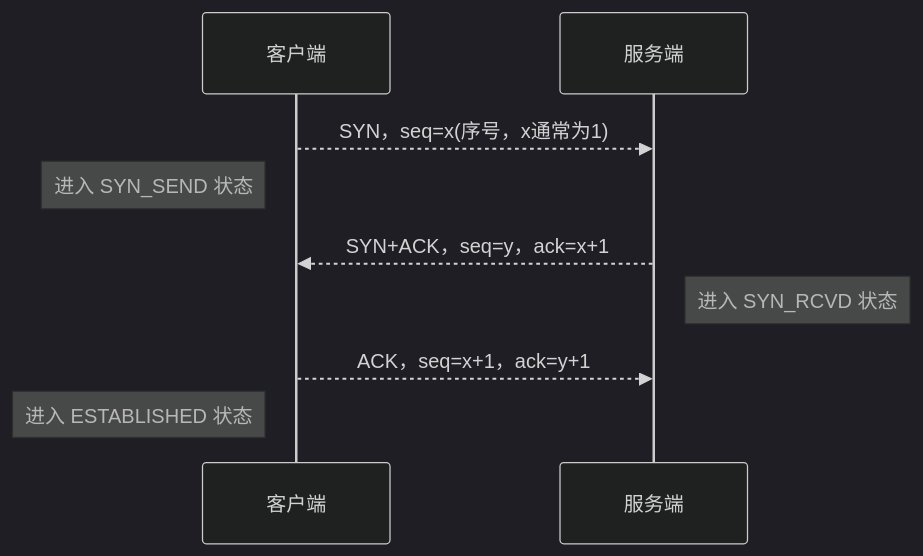
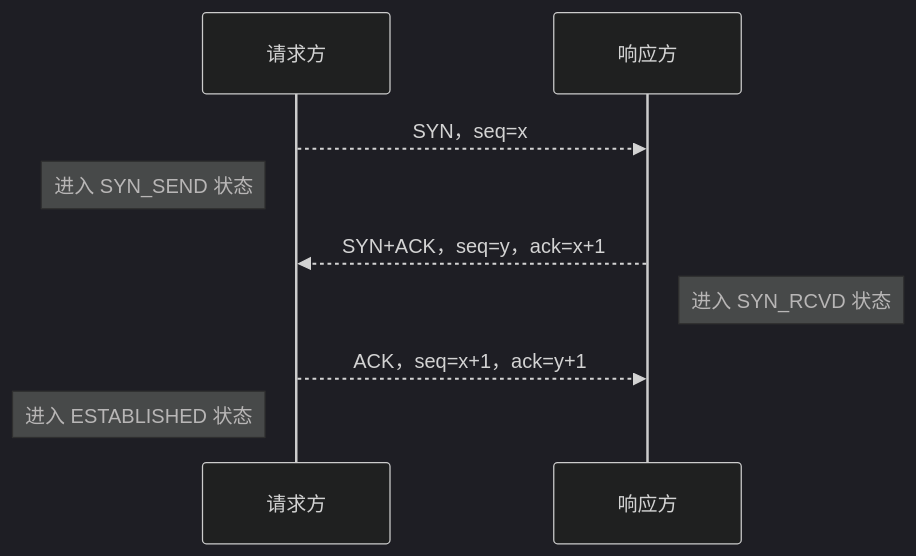
The first of 2 diagrams in docs/network/transport/TCP.md (ZzzzNeko/note), drawn with Mermaid (dark theme) before and after one commit. The commit also changed other lines of this file and 8 other files, not shown here.

````diff
--- a/docs/network/transport/TCP.md
+++ b/docs/network/transport/TCP.md
@@ -7,11 +30,11 @@
 ```mermaid
 sequenceDiagram
-  participant A as 客户端
-  participant B as 服务端
-  A -->> B: SYN，seq=x(序号，x通常为1)
+  participant A as 请求方
+  participant B as 响应方
+  A -->> B: SYN，seq=x
   Note left of A: 进入 SYN_SEND 状态
   B -->> A: SYN+ACK，seq=y，ack=x+1
   Note right of B: 进入 SYN_RCVD 状态
   A -->> B: ACK，seq=x+1，ack=y+1
   Note left of A: 进入 ESTABLISHED 状态
 ```
````
